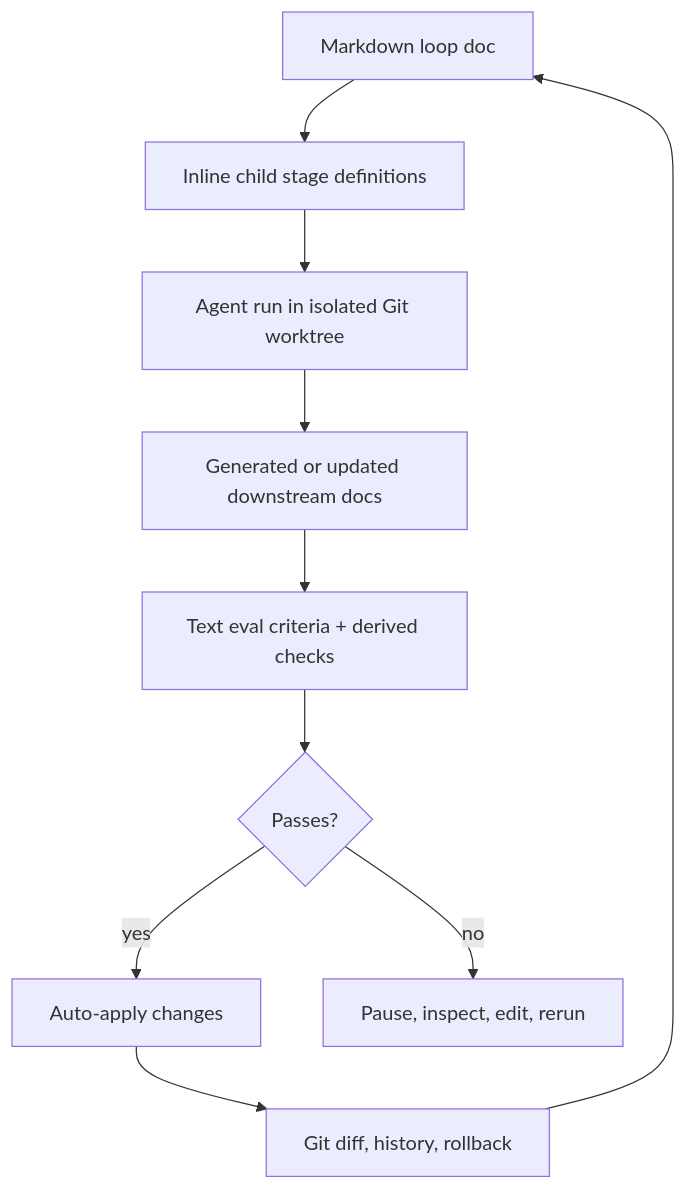
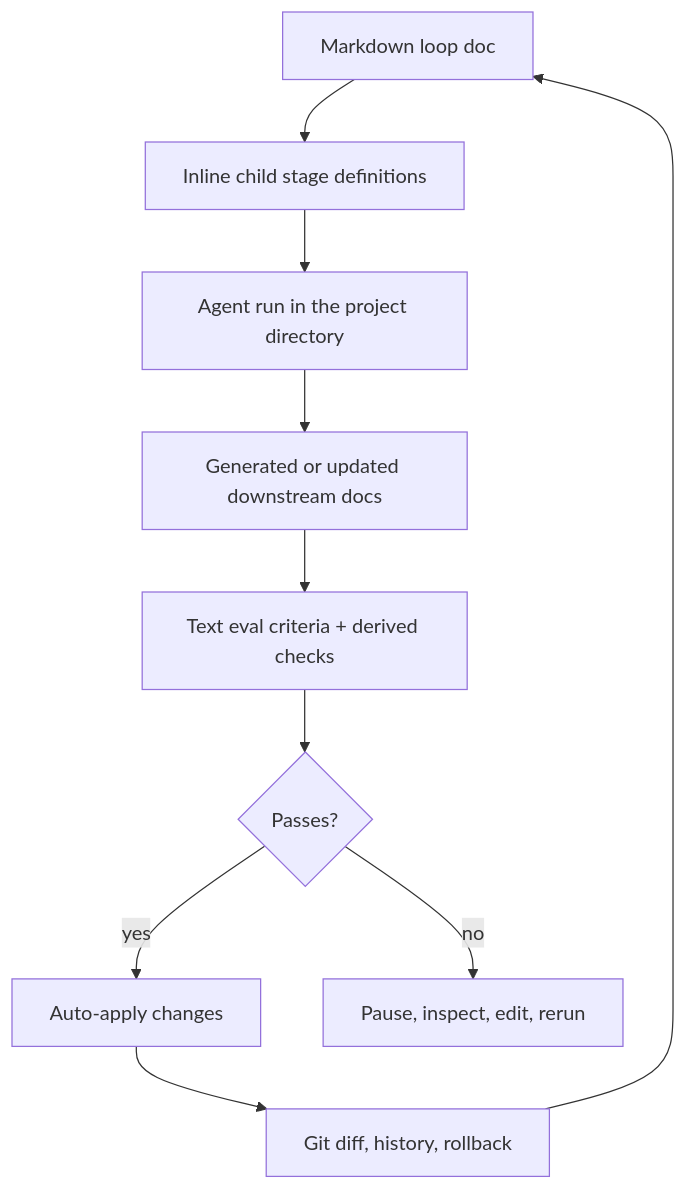
Before and after one commit to rns70/sloop: the diagram in README.md, drawn with Mermaid. The commit also changed other lines of this file and 17 other files, not shown here.

````diff
--- a/README.md
+++ b/README.md
@@ -37,12 +37,12 @@
 ```mermaid
 flowchart TD
   A["Markdown loop doc"] --> B["Inline child stage definitions"]
-  B --> C["Agent run in isolated Git worktree"]
+  B --> C["Agent run in the project directory"]
   C --> D["Generated or updated downstream docs"]
   D --> E["Text eval criteria + derived checks"]
   E --> F{"Passes?"}
   F -->|yes| G["Auto-apply changes"]
   F -->|no| H["Pause, inspect, edit, rerun"]
   G --> I["Git diff, history, rollback"]
   I --> A
 ```
````
